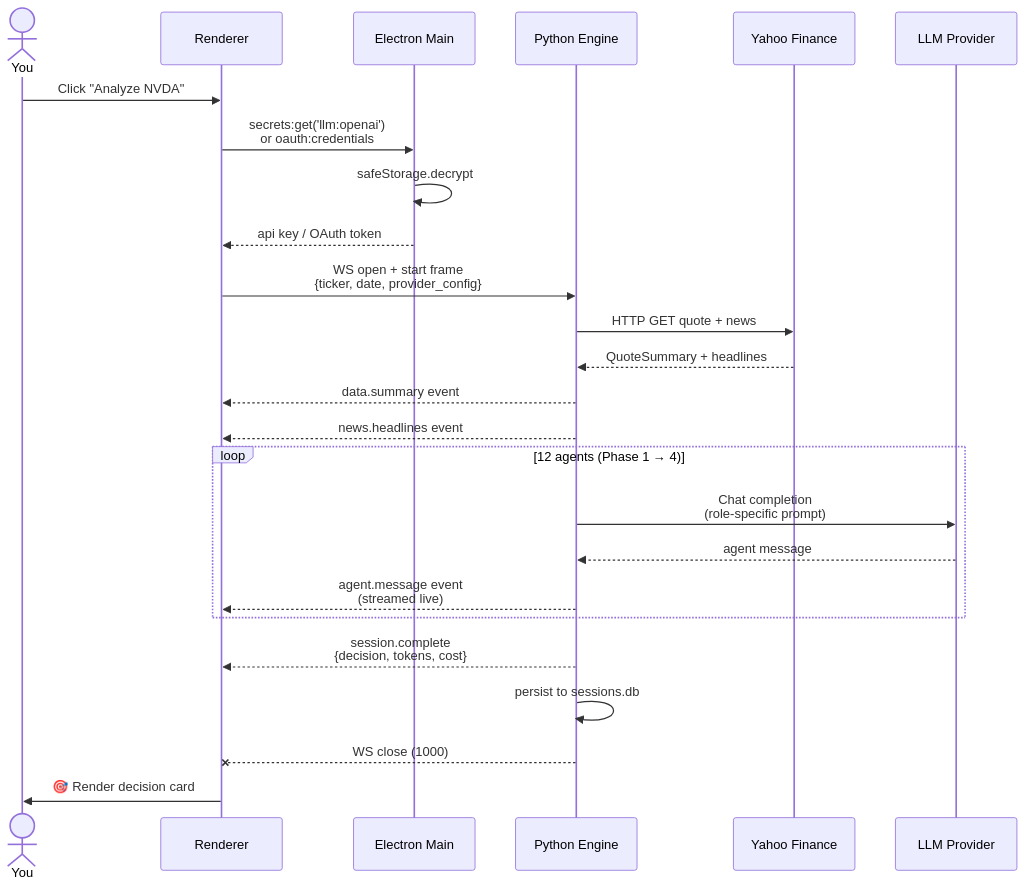
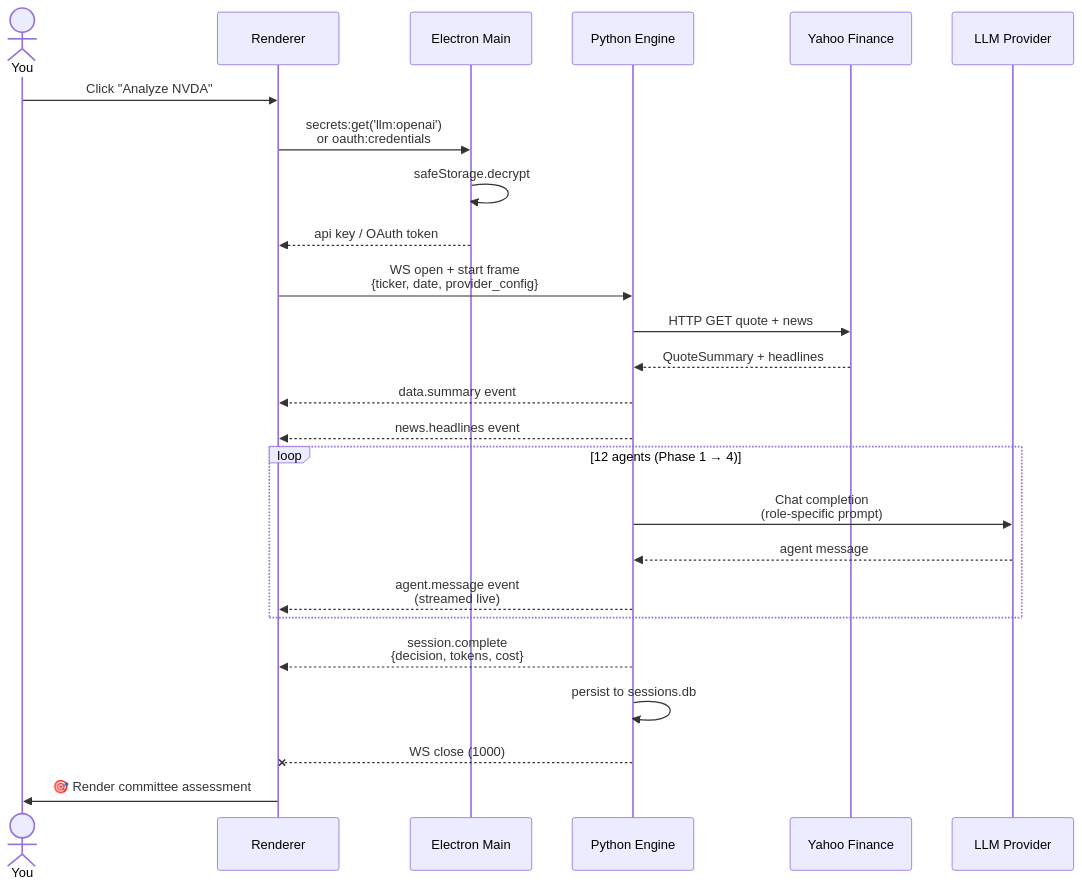
One commit to RBJGlobal/TradingAgentsLab changed the third of 3 diagrams in README.md. Above: the diagram before and after it, drawn with Mermaid. The commit also changed other lines of this file and 65 other files, not shown here.

````diff
--- a/README.md
+++ b/README.md
@@ -172,30 +172,30 @@
 ```mermaid
 sequenceDiagram
     actor U as You
     participant R as Renderer
     participant M as Electron Main
     participant E as Python Engine
     participant Y as Yahoo Finance
     participant L as LLM Provider
 
     U->>R: Click "Analyze NVDA"
     R->>M: secrets:get('llm:openai')<br/>or oauth:credentials
     M->>M: safeStorage.decrypt
     M-->>R: api key / OAuth token
     R->>E: WS open + start frame<br/>{ticker, date, provider_config}
     E->>Y: HTTP GET quote + news
     Y-->>E: QuoteSummary + headlines
     E-->>R: data.summary event
     E-->>R: news.headlines event
 
     loop 12 agents (Phase 1 → 4)
         E->>L: Chat completion<br/>(role-specific prompt)
         L-->>E: agent message
         E-->>R: agent.message event<br/>(streamed live)
     end
 
     E-->>R: session.complete<br/>{decision, tokens, cost}
     E->>E: persist to sessions.db
     E--xR: WS close (1000)
-    R->>U: 🎯 Render decision card
+    R->>U: 🎯 Render committee assessment
 ```
````
